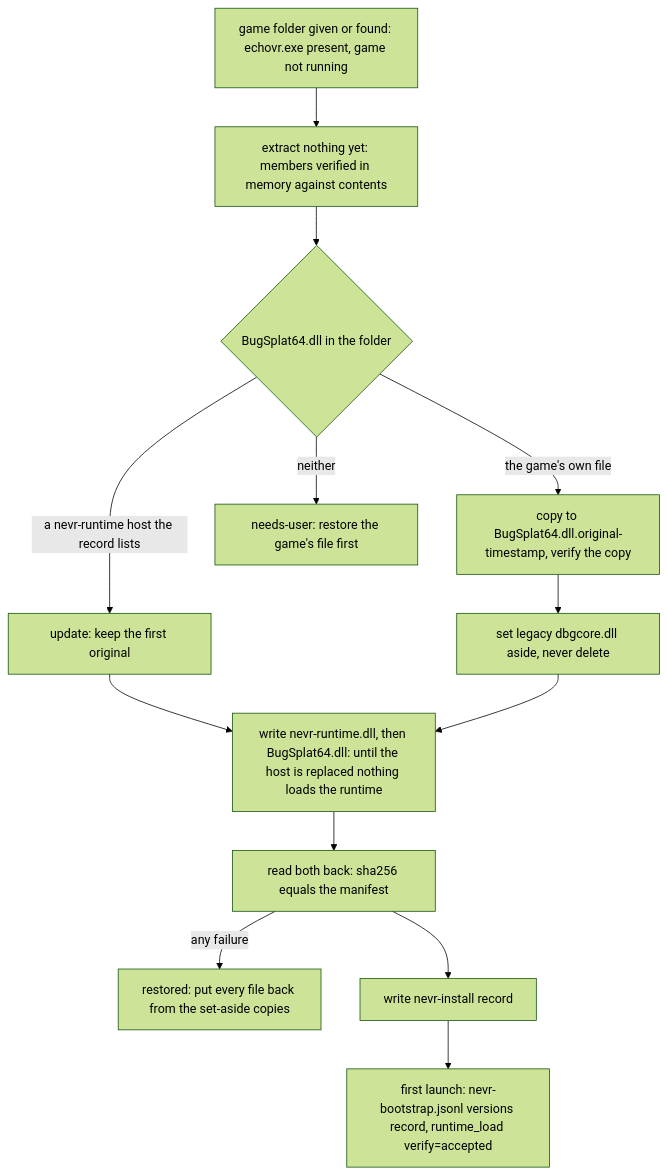
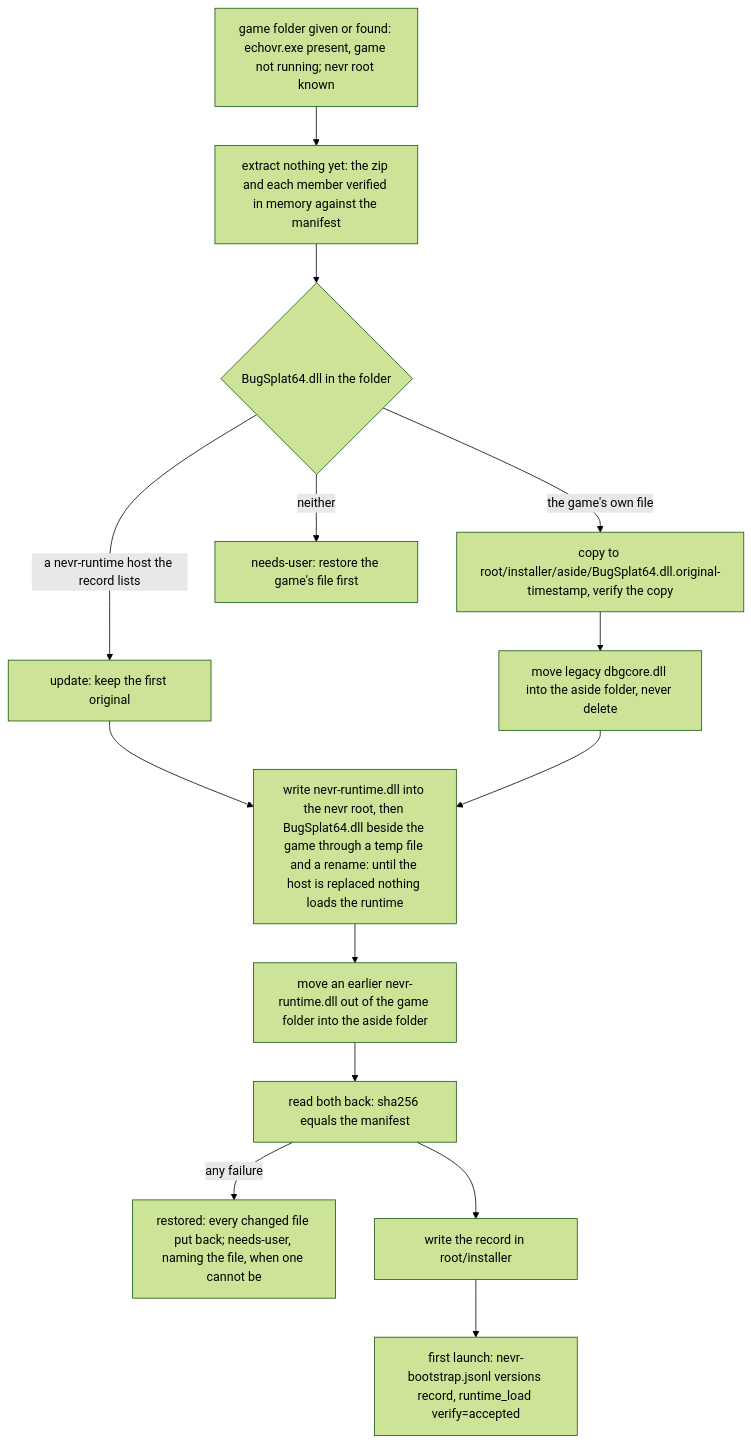
Before and after one commit to EchoTools/nevr-runtime: the second of 4 diagrams in docs/adr/0023-core-install-method.md, drawn with Mermaid (forest theme). The commit also changed other lines of this file and 5 other files, not shown here.

Commit message:
docs(adr): 0023 and 0012 state the PC plan's root layout; test: the final record, the unchanged and release cases (refs #1140)

````diff
--- a/docs/adr/0023-core-install-method.md
+++ b/docs/adr/0023-core-install-method.md
@@ -75,15 +75,16 @@
 ```mermaid
 flowchart TD
-    P0[game folder given or found: echovr.exe present, game not running] --> P1[extract nothing yet: members verified in memory against contents]
+    P0[game folder given or found: echovr.exe present, game not running; nevr root known] --> P1[extract nothing yet: the zip and each member verified in memory against the manifest]
     P1 --> P2{BugSplat64.dll in the folder}
-    P2 -->|the game's own file| P3[copy to BugSplat64.dll.original-timestamp, verify the copy]
+    P2 -->|the game's own file| P3[copy to root/installer/aside/BugSplat64.dll.original-timestamp, verify the copy]
     P2 -->|a nevr-runtime host the record lists| P4[update: keep the first original]
     P2 -->|neither| X[needs-user: restore the game's file first]
-    P3 --> P5[set legacy dbgcore.dll aside, never delete]
+    P3 --> P5[move legacy dbgcore.dll into the aside folder, never delete]
     P4 --> P6
-    P5 --> P6[write nevr-runtime.dll, then BugSplat64.dll: until the host is replaced nothing loads the runtime]
-    P6 --> P7[read both back: sha256 equals the manifest]
-    P7 -->|any failure| R[restored: put every file back from the set-aside copies]
-    P7 --> P8[write nevr-install record]
+    P5 --> P6[write nevr-runtime.dll into the nevr root, then BugSplat64.dll beside the game through a temp file and a rename: until the host is replaced nothing loads the runtime]
+    P6 --> P6b[move an earlier nevr-runtime.dll out of the game folder into the aside folder]
+    P6b --> P7[read both back: sha256 equals the manifest]
+    P7 -->|any failure| R[restored: every changed file put back; needs-user, naming the file, when one cannot be]
+    P7 --> P8[write the record in root/installer]
     P8 --> P9[first launch: nevr-bootstrap.jsonl versions record, runtime_load verify=accepted]
 ```
````
